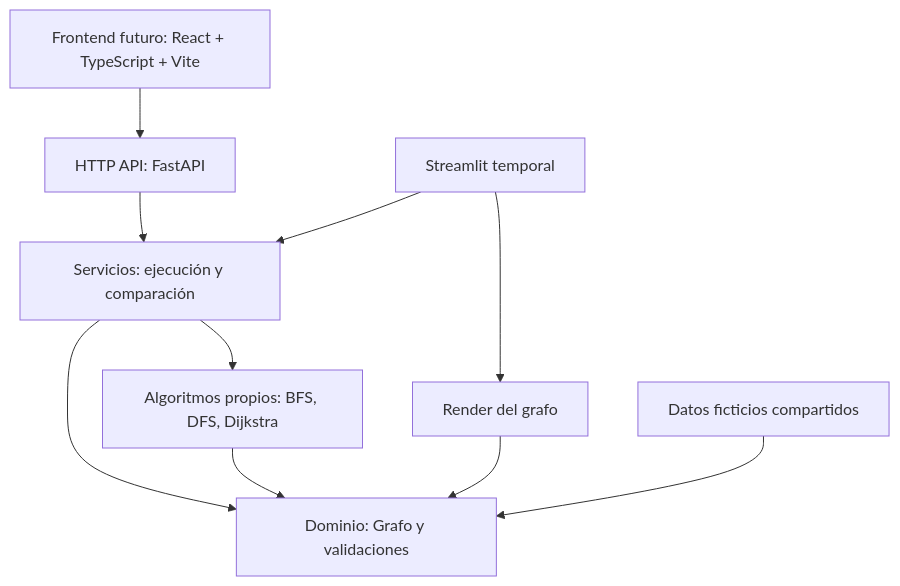
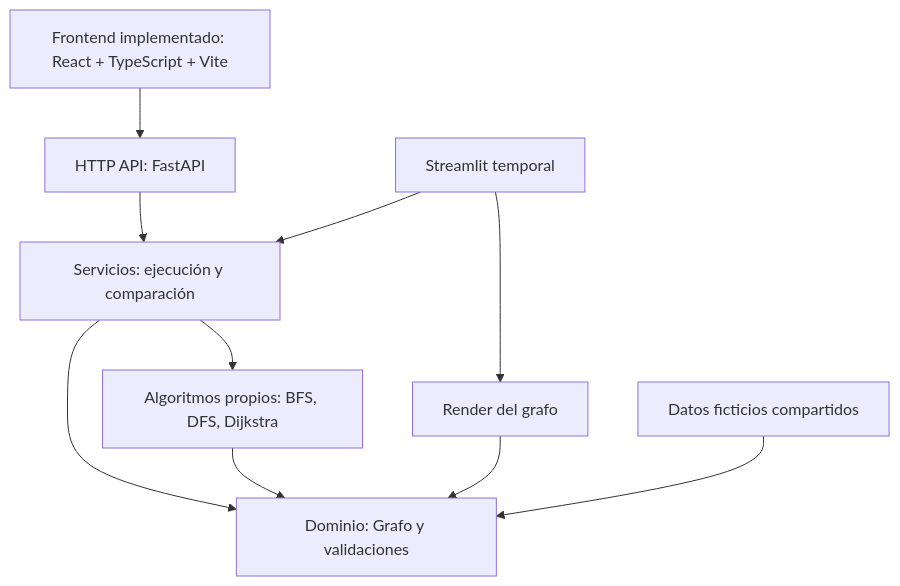
The diagram in docs/ARCHITECTURE.md (Edwd3v/logiexpress), drawn with Mermaid before and after one commit. The commit also changed other lines of this file and 12 other files, not shown here.

````diff
--- a/docs/ARCHITECTURE.md
+++ b/docs/ARCHITECTURE.md
@@ -26,12 +26,12 @@
 ```mermaid
 flowchart TD
-    REACT["Frontend futuro: React + TypeScript + Vite"] --> API["HTTP API: FastAPI"]
+    REACT["Frontend implementado: React + TypeScript + Vite"] --> API["HTTP API: FastAPI"]
     API --> SERVICE["Servicios: ejecución y comparación"]
     STREAMLIT["Streamlit temporal"] --> SERVICE
     STREAMLIT --> VIEW["Render del grafo"]
     SERVICE --> ALG["Algoritmos propios: BFS, DFS, Dijkstra"]
     SERVICE --> DOMAIN["Dominio: Grafo y validaciones"]
     ALG --> DOMAIN
     VIEW --> DOMAIN
     DATA["Datos ficticios compartidos"] --> DOMAIN
 ```
````
